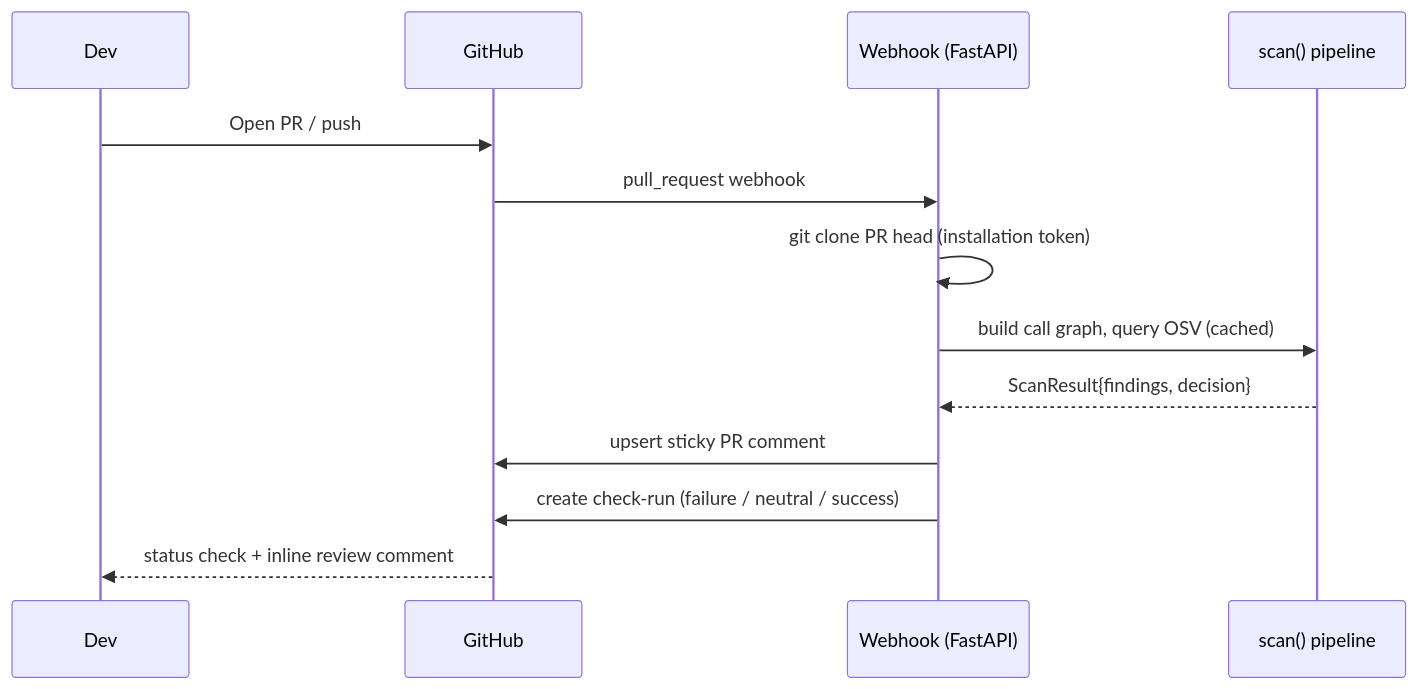
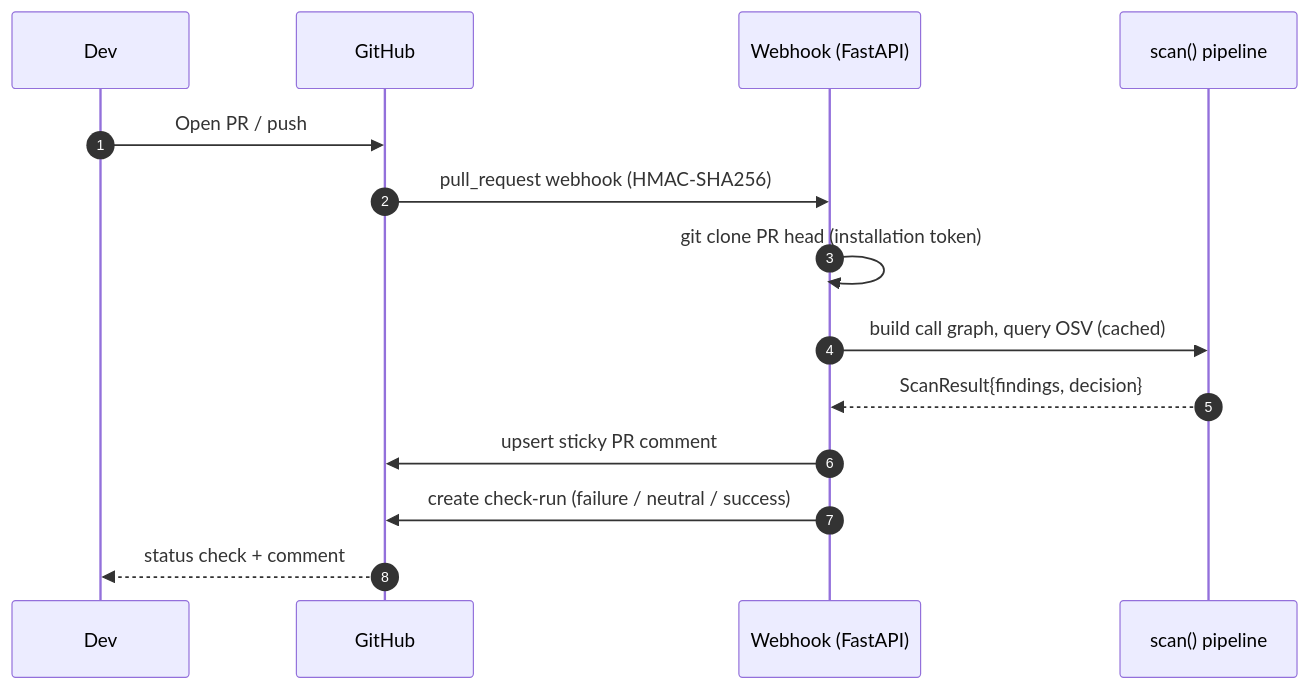
One commit to Malatesh0811/reachable-cve changed the second of 2 diagrams in README.md. Above: the diagram before and after it, drawn with Mermaid. The commit also changed other lines of this file, not shown here.

````diff
--- a/README.md
+++ b/README.md
@@ -45,15 +130,16 @@
 ```mermaid
 sequenceDiagram
+  autonumber
   participant Dev
   participant GH as GitHub
   participant App as Webhook (FastAPI)
   participant Scan as scan() pipeline
   Dev->>GH: Open PR / push
-  GH->>App: pull_request webhook
+  GH->>App: pull_request webhook (HMAC-SHA256)
   App->>App: git clone PR head (installation token)
   App->>Scan: build call graph, query OSV (cached)
   Scan-->>App: ScanResult{findings, decision}
   App->>GH: upsert sticky PR comment
   App->>GH: create check-run (failure / neutral / success)
-  GH-->>Dev: status check + inline review comment
+  GH-->>Dev: status check + comment
 ```
````
